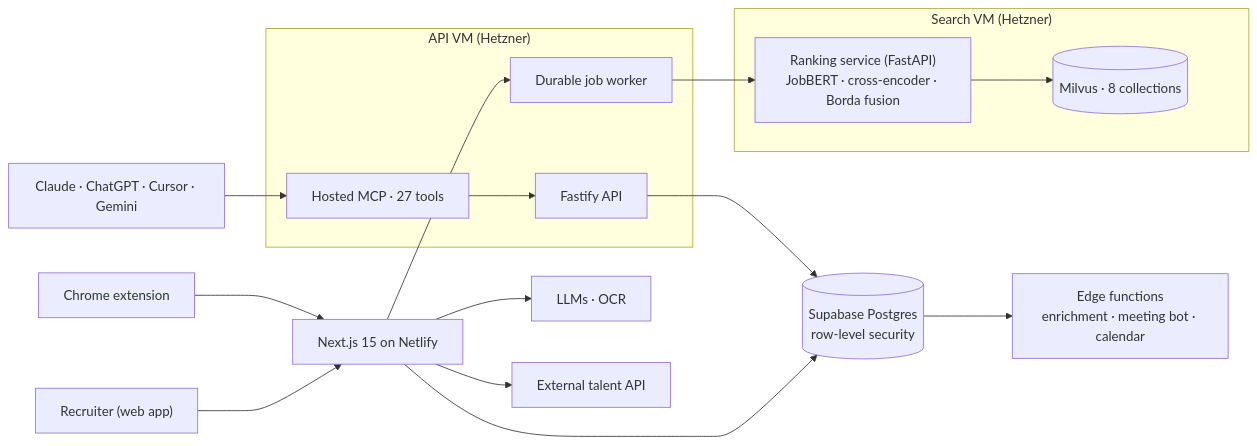
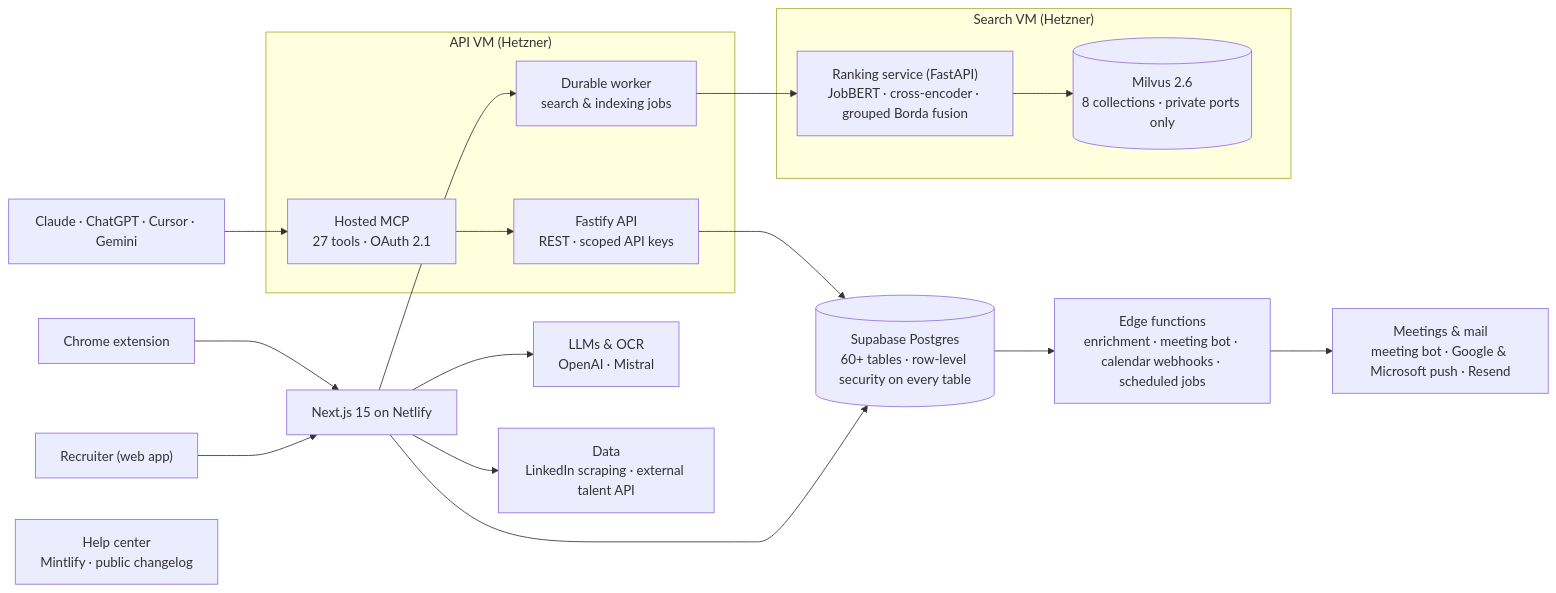
The diagram in README.md (NikosMav/lope-case-study), drawn with Mermaid before and after one commit. The commit also changed other lines of this file, not shown here.

````diff
--- a/README.md
+++ b/README.md
@@ -128,21 +154,23 @@
 ```mermaid
 flowchart LR
   Recruiter["Recruiter (web app)"] --> Web["Next.js 15 on Netlify"]
   Ext["Chrome extension"] --> Web
   Agents["Claude · ChatGPT · Cursor · Gemini"] --> MCP
+  Help["Help center<br/>Mintlify · public changelog"]
   subgraph APIVM["API VM (Hetzner)"]
-    API["Fastify API"]
-    MCP["Hosted MCP · 27 tools"]
-    Worker["Durable job worker"]
+    API["Fastify API<br/>REST · scoped API keys"]
+    MCP["Hosted MCP<br/>27 tools · OAuth 2.1"]
+    Worker["Durable worker<br/>search & indexing jobs"]
   end
   subgraph SearchVM["Search VM (Hetzner)"]
-    Rank["Ranking service (FastAPI)<br/>JobBERT · cross-encoder · Borda fusion"]
-    Milvus[("Milvus · 8 collections")]
+    Rank["Ranking service (FastAPI)<br/>JobBERT · cross-encoder · grouped Borda fusion"]
+    Milvus[("Milvus 2.6<br/>8 collections · private ports only")]
   end
-  Web --> DB[("Supabase Postgres<br/>row-level security")]
+  Web --> DB[("Supabase Postgres<br/>60+ tables · row-level security on every table")]
   MCP --> API --> DB
   Web --> Worker --> Rank --> Milvus
-  DB --> Fn["Edge functions<br/>enrichment · meeting bot · calendar"]
-  Web --> LLM["LLMs · OCR"]
-  Web --> Talent["External talent API"]
+  DB --> Fn["Edge functions<br/>enrichment · meeting bot · calendar webhooks · scheduled jobs"]
+  Web --> LLM["LLMs & OCR<br/>OpenAI · Mistral"]
+  Web --> Talent["Data<br/>LinkedIn scraping · external talent API"]
+  Fn --> Meet["Meetings & mail<br/>meeting bot · Google & Microsoft push · Resend"]
 ```
````
